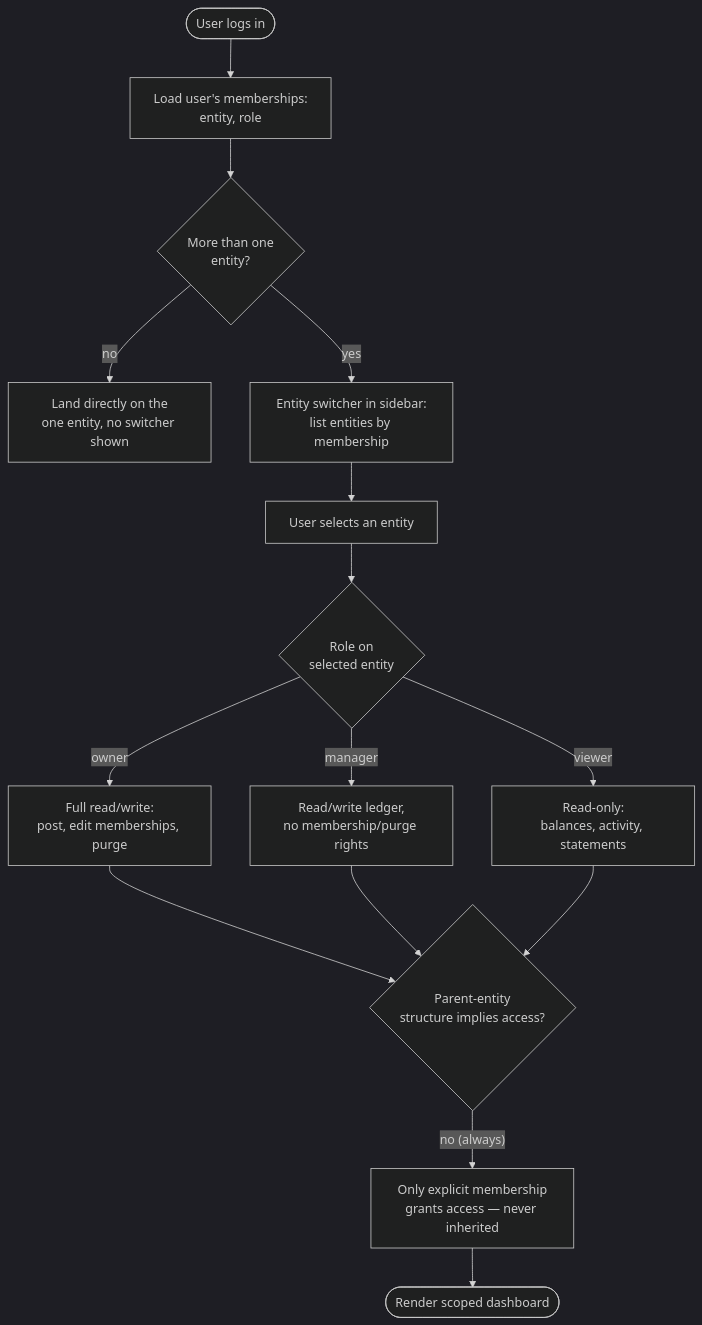
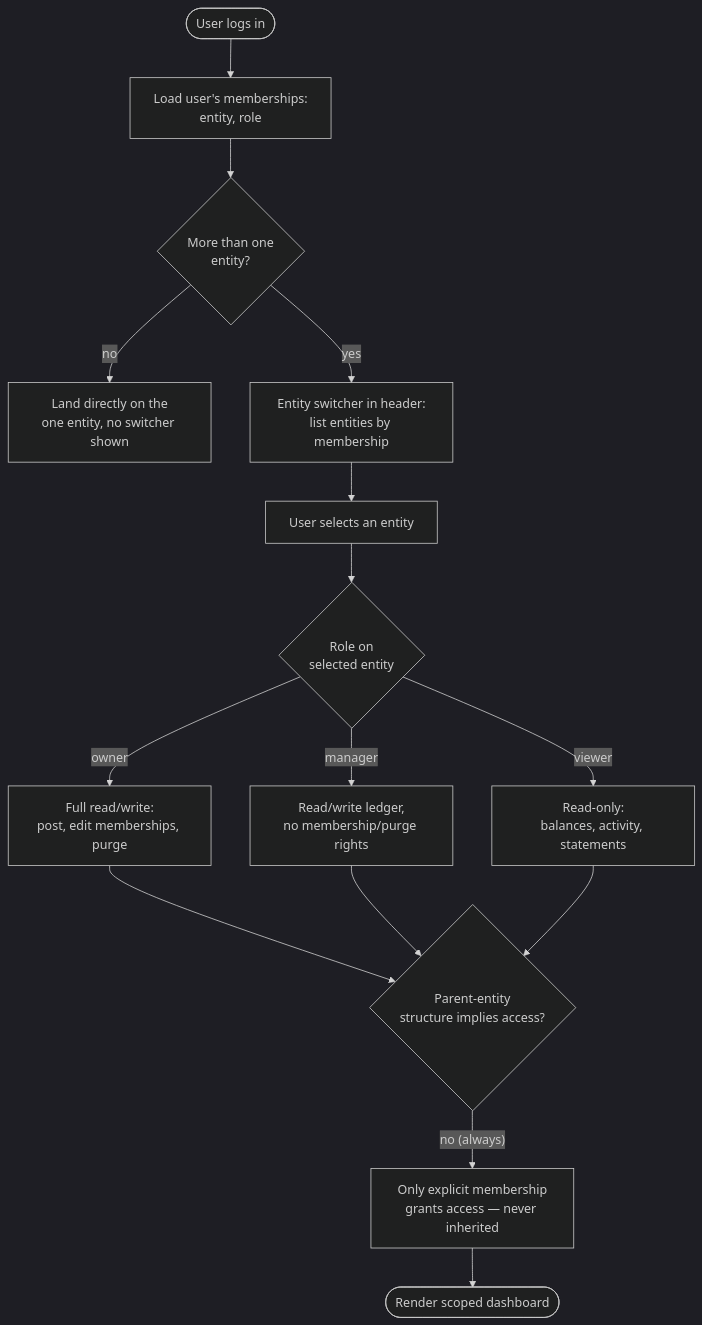
The diagram in docs/DESIGN/flows/entity-membership-flow.md (richmosko/polycarpic), drawn with Mermaid (dark theme) before and after one commit. The commit also changed 5 other files, not shown here.

First line of the commit message:
docs(DESIGN): Principal review pass 3 -- secondary sky-blue brand hue, re-tinted neutrals/sidebar, flows now render

````diff
--- a/docs/DESIGN/flows/entity-membership-flow.md
+++ b/docs/DESIGN/flows/entity-membership-flow.md
@@ -5,17 +5,17 @@
 ```mermaid
 flowchart TD
   login([User logs in]) --> memberships[Load user's memberships:\nentity, role]
   memberships --> list{More than one\nentity?}
   list -- no --> single[Land directly on the\none entity, no switcher shown]
-  list -- yes --> switcher[Entity switcher in sidebar:\nlist entities by membership]
+  list -- yes --> switcher[Entity switcher in header:\nlist entities by membership]
   switcher --> select[User selects an entity]
   select --> roleCheck{Role on\nselected entity}
   roleCheck -- owner --> ownerView[Full read/write:\npost, edit memberships, purge]
   roleCheck -- manager --> managerView[Read/write ledger,\nno membership/purge rights]
   roleCheck -- viewer --> viewerView[Read-only:\nbalances, activity, statements]
   ownerView --> guard{Parent-entity\nstructure implies access?}
   managerView --> guard
   viewerView --> guard
   guard -- "no (always)" --> explicit[Only explicit membership\ngrants access — never inherited]
   explicit --> render([Render scoped dashboard])
 ```
````
